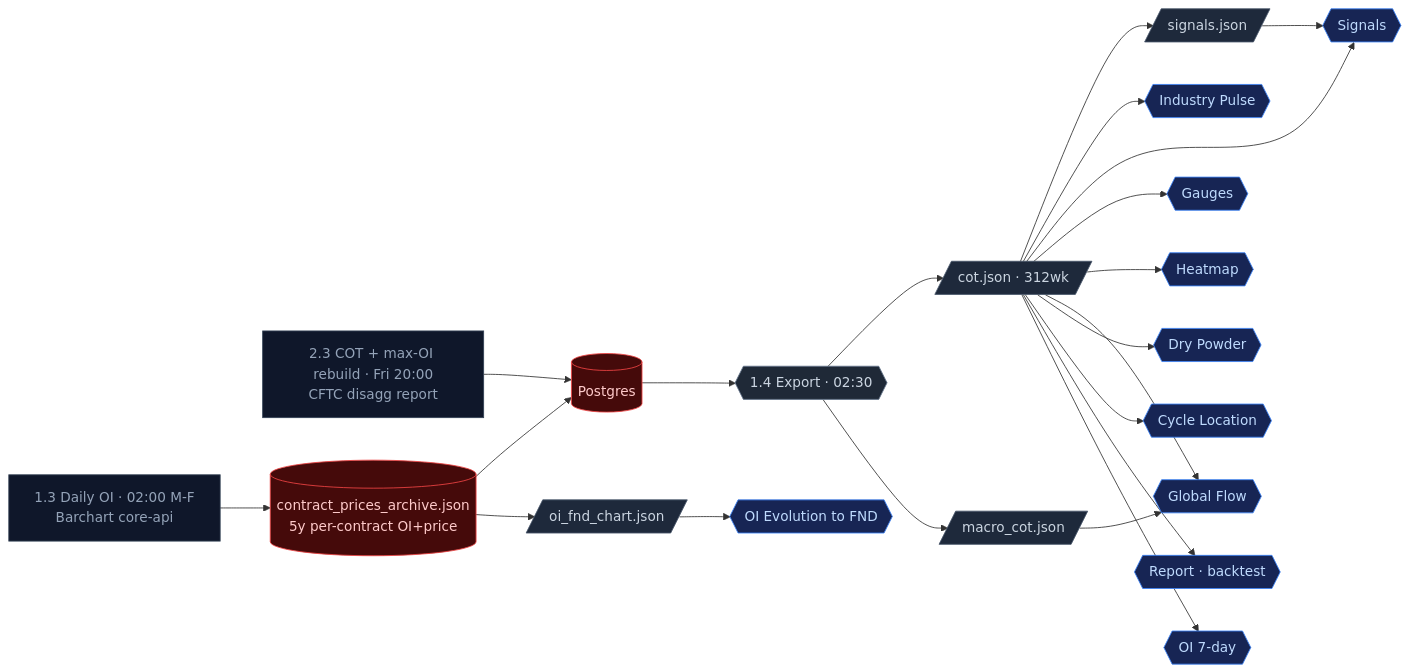
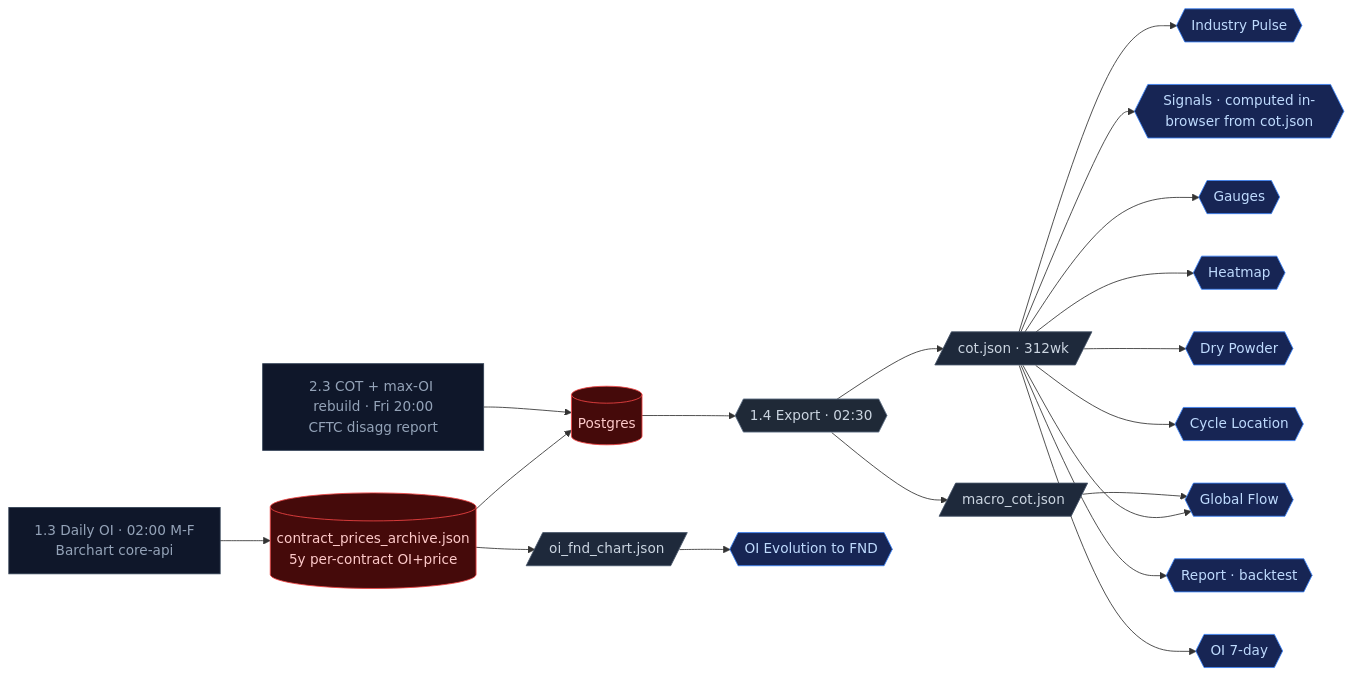
The third of 9 diagrams in docs/DATA_PLATFORM_MAP.md (loicscanu-ctrl/Coffee-intel-map), drawn with Mermaid before and after one commit. The commit also changed other lines of this file and 12 other files, not shown here.

````diff
--- a/docs/DATA_PLATFORM_MAP.md
+++ b/docs/DATA_PLATFORM_MAP.md
@@ -218,51 +218,48 @@
 ```mermaid
 flowchart LR
   W13["1.3 Daily OI · 02:00 M-F<br/>Barchart core-api"]
   W23["2.3 COT + max-OI rebuild · Fri 20:00<br/>CFTC disagg report"]
   ARC[("contract_prices_archive.json<br/>5y per-contract OI+price")]
   DB[(Postgres)]
   EXP{{"1.4 Export · 02:30"}}
   J_cot[/cot.json · 312wk/]
-  J_sig[/signals.json/]
   J_mac[/macro_cot.json/]
   J_fnd[/oi_fnd_chart.json/]
   ip{{Industry Pulse}}
-  sig{{Signals}}
+  sig{{"Signals · computed in-browser from cot.json"}}
   gau{{Gauges}}
   hm{{Heatmap}}
   flow{{Global Flow}}
   dp{{Dry Powder}}
   cyc{{Cycle Location}}
   rep{{"Report · backtest"}}
   oi{{OI 7-day}}
   oifnd{{OI Evolution to FND}}
   W13 --> ARC --> DB
   W23 --> DB --> EXP
   EXP --> J_cot
   EXP --> J_mac
-  J_cot --> J_sig
   ARC --> J_fnd
   J_cot --> ip
   J_cot --> sig
-  J_sig --> sig
   J_cot --> gau
   J_cot --> hm
   J_cot --> flow
   J_mac --> flow
   J_cot --> dp
   J_cot --> cyc
   J_cot --> rep
   J_cot --> oi
   J_fnd --> oifnd
 
   classDef scr fill:#0f172a,stroke:#334155,color:#94a3b8;
   classDef store fill:#450a0a,stroke:#ef4444,color:#fecaca;
   classDef proc fill:#1f2937,stroke:#64748b,color:#cbd5e1;
   classDef json fill:#1e293b,stroke:#475569,color:#cbd5e1;
   classDef vis fill:#172554,stroke:#3b82f6,color:#bfdbfe;
   class W13,W23 scr;
   class ARC,DB store;
   class EXP proc;
-  class J_cot,J_sig,J_mac,J_fnd json;
+  class J_cot,J_mac,J_fnd json;
   class ip,sig,gau,hm,flow,dp,cyc,rep,oi,oifnd vis;
 ```
````
